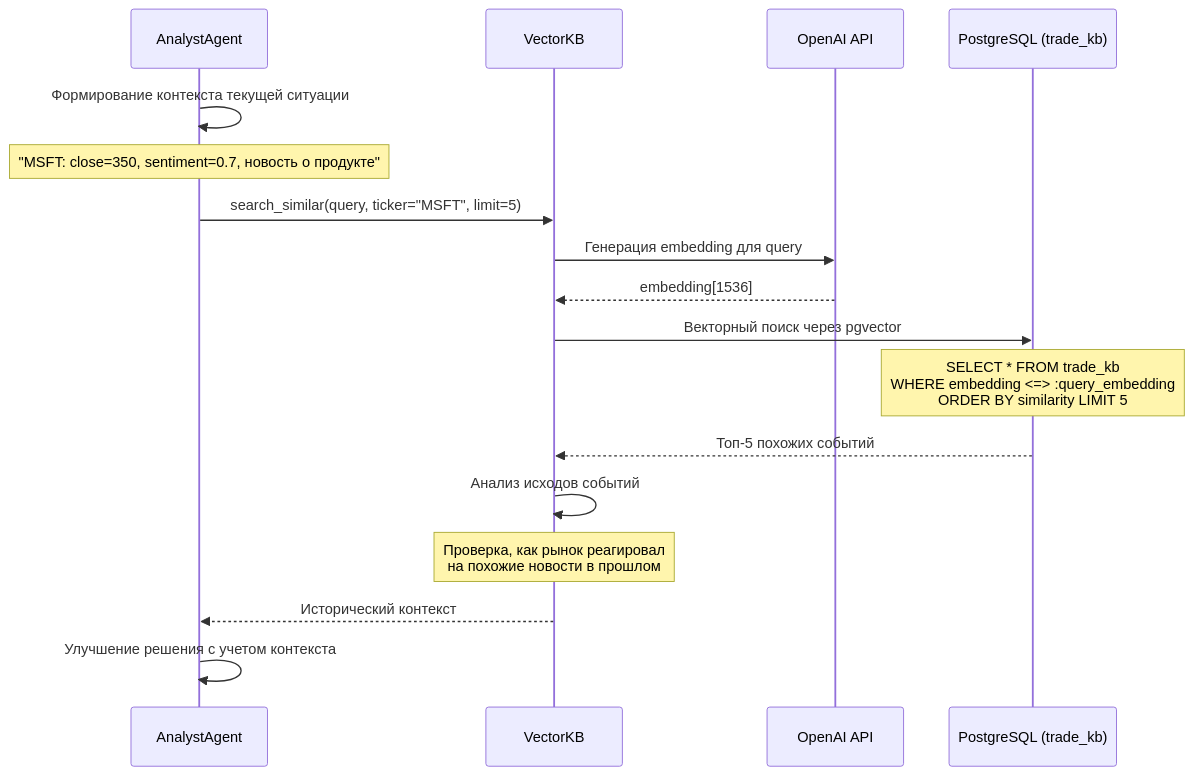
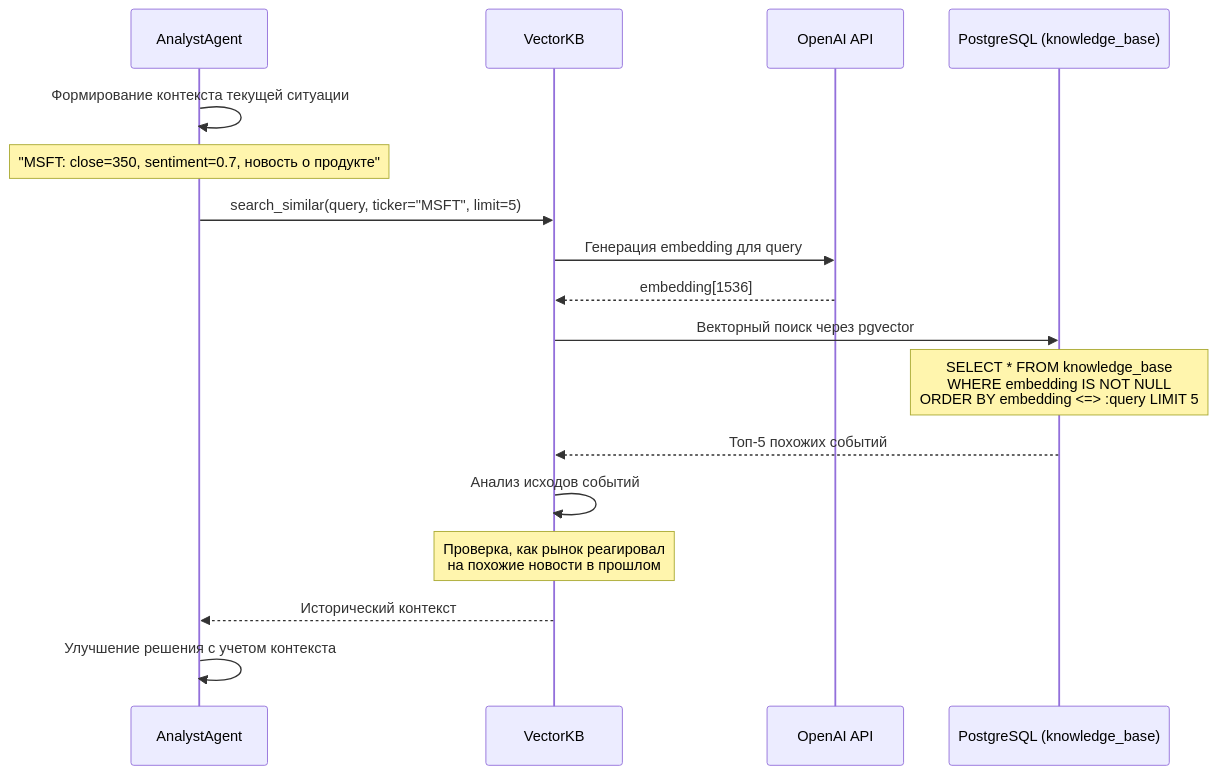
One commit to kobyzev-yuri/lse changed diagram 16 of 23 in BUSINESS_PROCESSES.md. Above: the diagram before and after it, drawn with Mermaid. The commit also changed other lines of this file and 30 other files, not shown here.

````diff
--- a/BUSINESS_PROCESSES.md
+++ b/BUSINESS_PROCESSES.md
@@ -528,24 +526,24 @@
 ```mermaid
 sequenceDiagram
     participant AA as AnalystAgent
     participant VKB as VectorKB
     participant OpenAI as OpenAI API
-    participant DB as PostgreSQL (trade_kb)
+    participant DB as PostgreSQL (knowledge_base)
     
     AA->>AA: Формирование контекста текущей ситуации
     Note over AA: "MSFT: close=350, sentiment=0.7, новость о продукте"
     
     AA->>VKB: search_similar(query, ticker="MSFT", limit=5)
     VKB->>OpenAI: Генерация embedding для query
     OpenAI-->>VKB: embedding[1536]
     
     VKB->>DB: Векторный поиск через pgvector
-    Note over DB: SELECT * FROM trade_kb<br/>WHERE embedding <=> :query_embedding<br/>ORDER BY similarity LIMIT 5
+    Note over DB: SELECT * FROM knowledge_base<br/>WHERE embedding IS NOT NULL<br/>ORDER BY embedding <=> :query LIMIT 5
     
     DB-->>VKB: Топ-5 похожих событий
     VKB->>VKB: Анализ исходов событий
     Note over VKB: Проверка, как рынок реагировал<br/>на похожие новости в прошлом
     
     VKB-->>AA: Исторический контекст
     AA->>AA: Улучшение решения с учетом контекста
 ```
````
